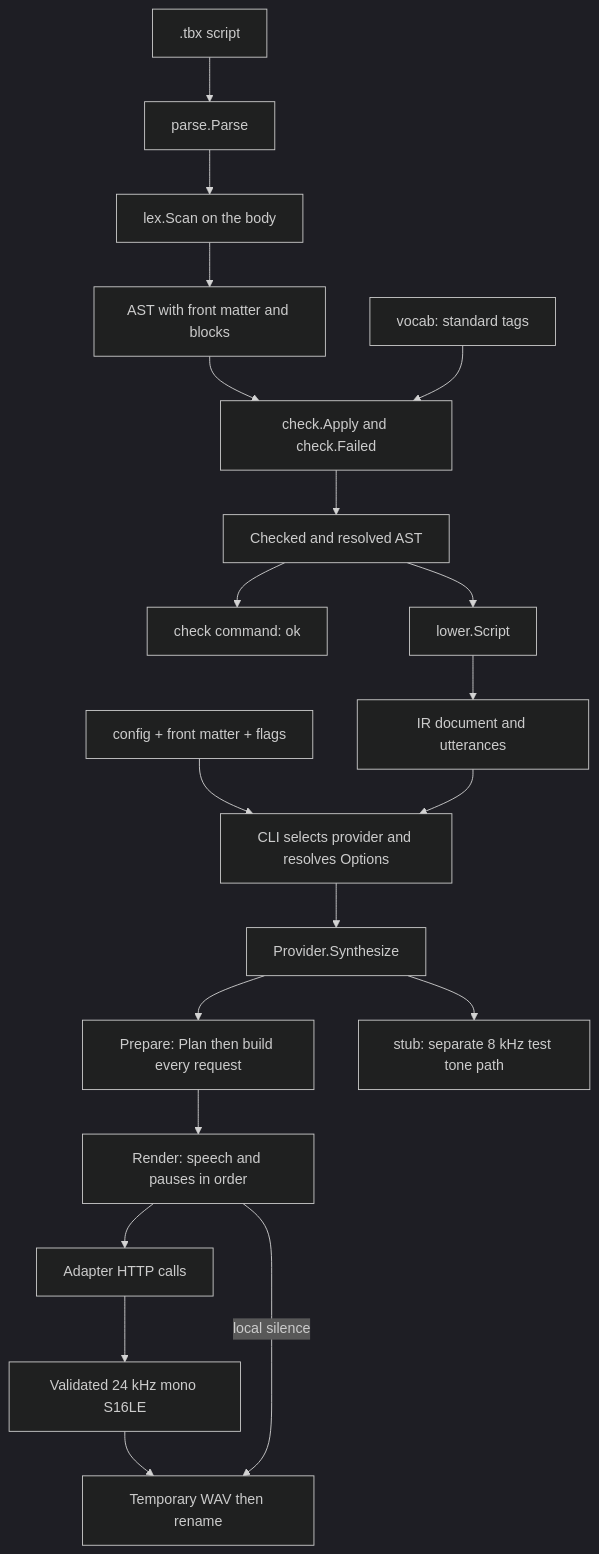
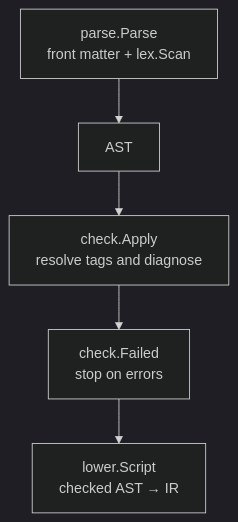
The second of 5 diagrams in docs/architecture.md (zyy17/timbrex), drawn with Mermaid (dark theme) before and after one commit. The commit also changed other lines of this file and 1 other file, not shown here.

Commit message:
docs: split architecture diagrams into focused views

````diff
--- a/docs/architecture.md
+++ b/docs/architecture.md
@@ -11,22 +93,7 @@
 ```mermaid
 flowchart TD
-    Source[".tbx script"] --> Parse["parse.Parse"]
-    Parse --> Lex["lex.Scan on the body"]
-    Lex --> AST["AST with front matter and blocks"]
-    AST --> Check["check.Apply and check.Failed"]
-    Vocab["vocab: standard tags"] --> Check
-    Check --> Checked["Checked and resolved AST"]
-    Checked --> CheckDone["check command: ok"]
-    Checked --> Lower["lower.Script"]
-    Lower --> IR["IR document and utterances"]
-    Settings["config + front matter + flags"] --> CLI["CLI selects provider and resolves Options"]
-    IR --> CLI
-    CLI --> Adapter["Provider.Synthesize"]
-    Adapter --> Prepare["Prepare: Plan then build every request"]
-    Prepare --> Render["Render: speech and pauses in order"]
-    Render --> HTTP["Adapter HTTP calls"]
-    HTTP --> PCM["Validated 24 kHz mono S16LE"]
-    PCM --> Output["Temporary WAV then rename"]
-    Render -->|local silence| Output
-    Adapter --> Stub["stub: separate 8 kHz test tone path"]
+    Parse["parse.Parse<br/>front matter + lex.Scan"] --> AST["AST"]
+    AST --> Check["check.Apply<br/>resolve tags and diagnose"]
+    Check --> Gate["check.Failed<br/>stop on errors"]
+    Gate --> Lower["lower.Script<br/>checked AST → IR"]
 ```
````
